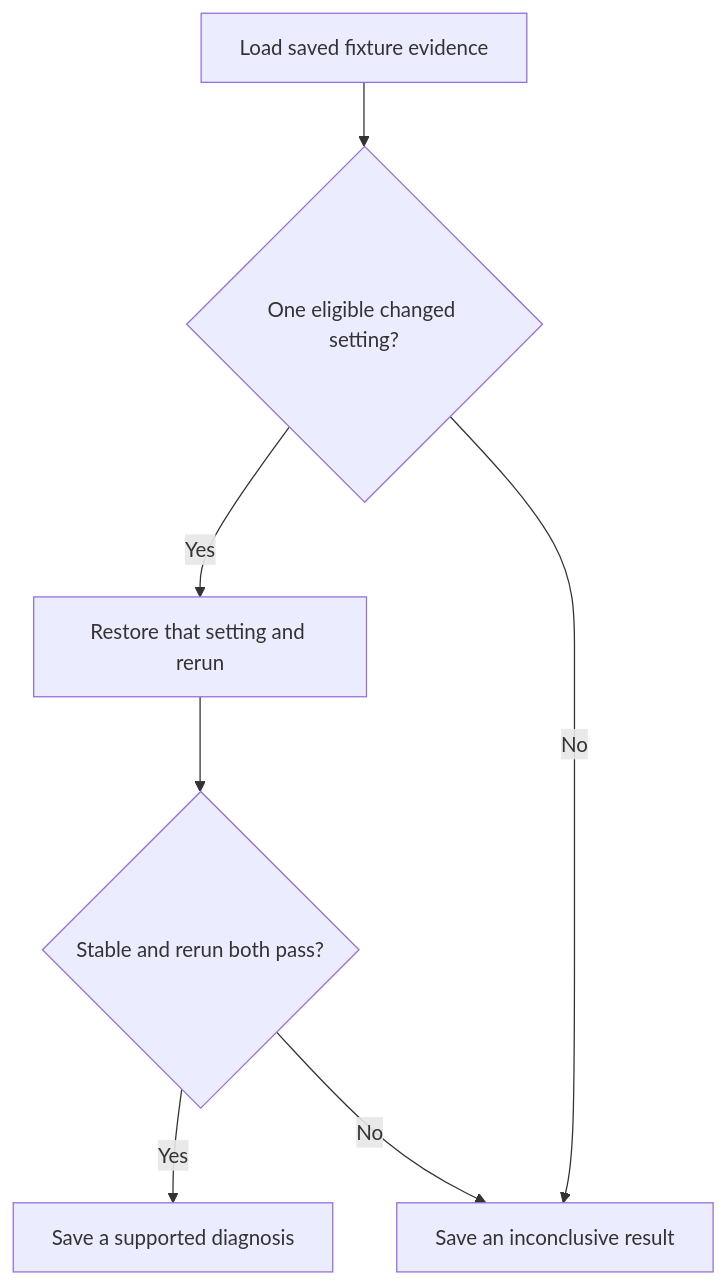
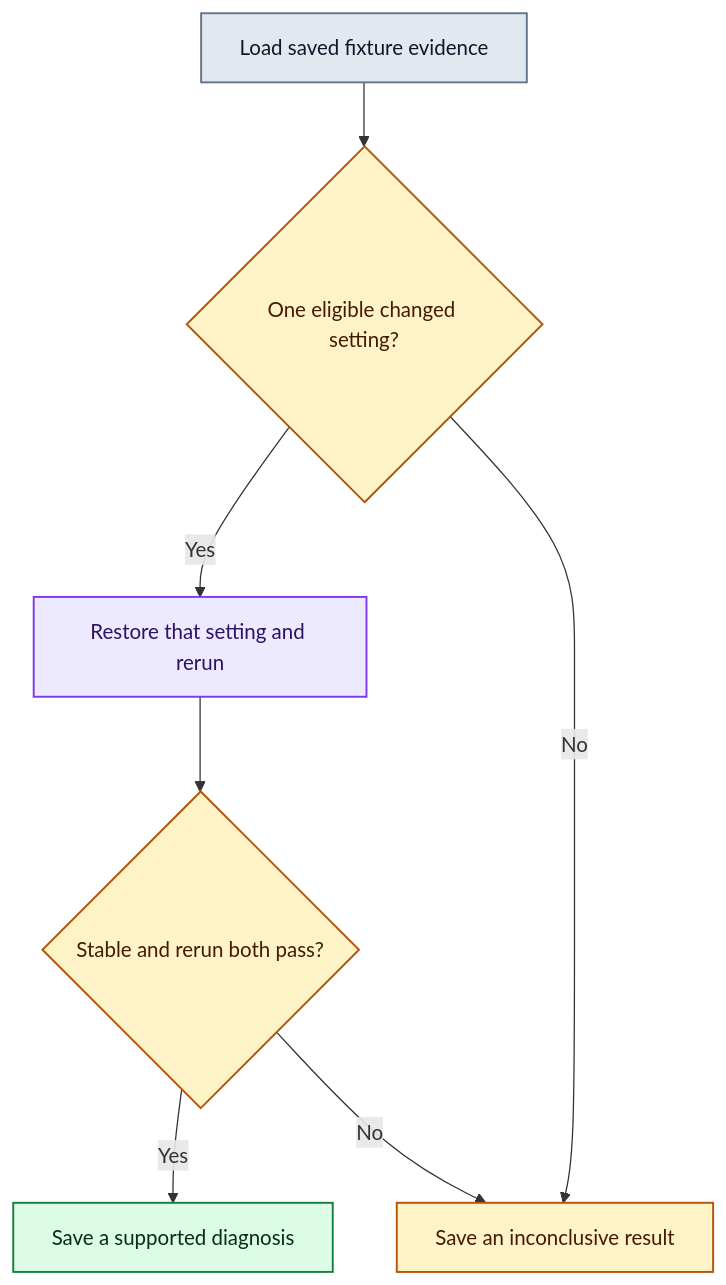
Before and after one commit to sujayv26/release-trace: the first of 2 diagrams in docs/ReleaseTrace-Agent-Build-Guide.md, drawn with Mermaid. The commit also changed other lines of this file and 3 other files, not shown here.

Commit message:
Color-code release documentation diagrams

````diff
--- a/docs/ReleaseTrace-Agent-Build-Guide.md
+++ b/docs/ReleaseTrace-Agent-Build-Guide.md
@@ -18,11 +18,21 @@
 ```mermaid
 flowchart TB
     accTitle: Current Investigator workflow
     accDescr: The planner uses saved fixture evidence to select an eligible setting. One controlled experiment can support a diagnosis. Otherwise the result is inconclusive.
     Evidence["Load saved fixture evidence"] --> Planner{"One eligible changed setting?"}
     Planner -->|Yes| Rerun["Restore that setting and rerun"]
     Planner -->|No| Abstain["Save an inconclusive result"]
     Rerun --> Score{"Stable and rerun both pass?"}
     Score -->|Yes| Supported["Save a supported diagnosis"]
     Score -->|No| Abstain
+
+    classDef evidence fill:#e2e8f0,stroke:#64748b,color:#0f172a,stroke-width:1.5px
+    classDef decision fill:#fef3c7,stroke:#b45309,color:#451a03,stroke-width:1.5px
+    classDef investigation fill:#ede9fe,stroke:#7c3aed,color:#2e1065,stroke-width:1.5px
+    classDef success fill:#dcfce7,stroke:#15803d,color:#052e16,stroke-width:1.5px
+
+    class Evidence evidence
+    class Planner,Score,Abstain decision
+    class Rerun investigation
+    class Supported success
 ```
````
